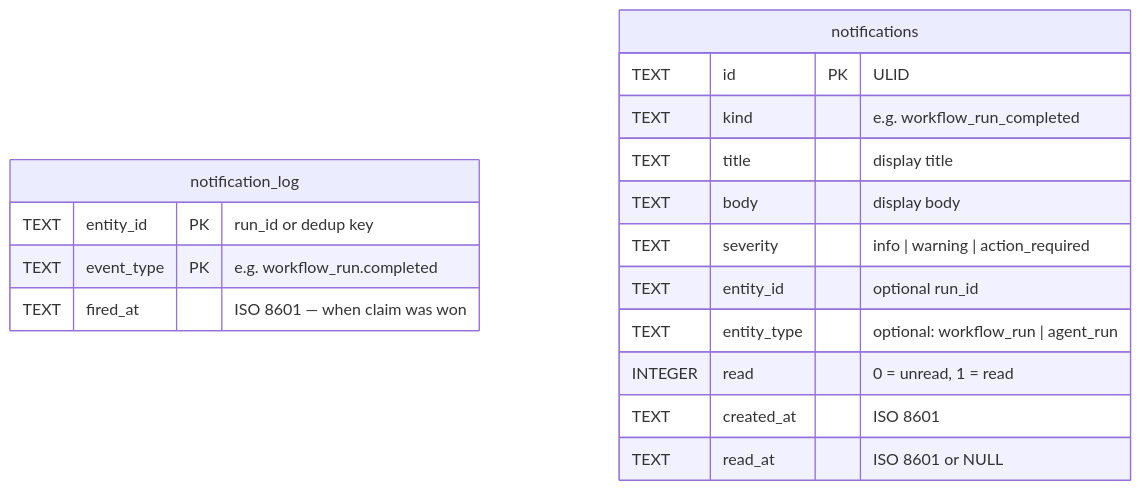
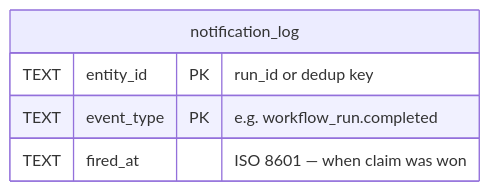
Before and after one commit to devinrosen/conductor-ai: the sixth of 6 diagrams in docs/notification-hooks.md, drawn with Mermaid. The commit also changed other lines of this file and 35 other files, not shown here.

````diff
--- a/docs/notification-hooks.md
+++ b/docs/notification-hooks.md
@@ -257,21 +232,8 @@
 ```mermaid
 erDiagram
     notification_log {
         TEXT entity_id PK "run_id or dedup key"
         TEXT event_type PK "e.g. workflow_run.completed"
         TEXT fired_at "ISO 8601 — when claim was won"
     }
-
-    notifications {
-        TEXT id PK "ULID"
-        TEXT kind "e.g. workflow_run_completed"
-        TEXT title "display title"
-        TEXT body "display body"
-        TEXT severity "info | warning | action_required"
-        TEXT entity_id "optional run_id"
-        TEXT entity_type "optional: workflow_run | agent_run"
-        INTEGER read "0 = unread, 1 = read"
-        TEXT created_at "ISO 8601"
-        TEXT read_at "ISO 8601 or NULL"
-    }
 ```
````
